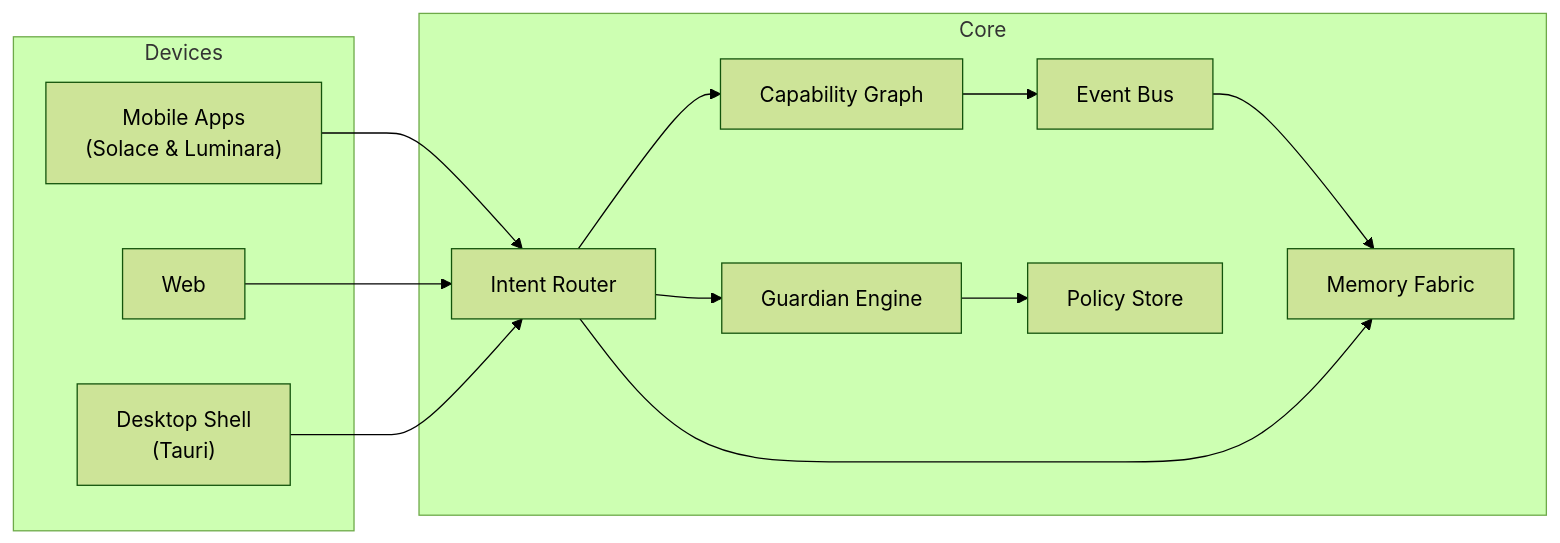
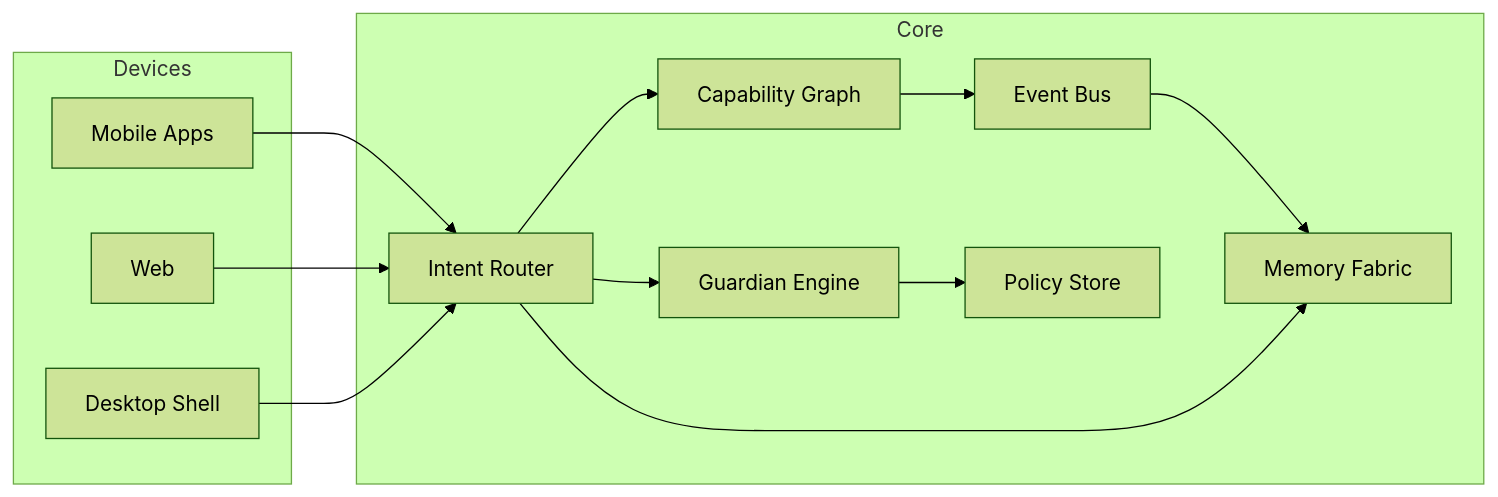
Before and after one commit to S1ngularD2ality/eidonic-language-elol: the diagram in docs/ekrps/README.md, drawn with Mermaid (forest theme). The commit also changed other lines of this file, not shown here.

````diff
--- a/docs/ekrps/README.md
+++ b/docs/ekrps/README.md
@@ -44,27 +44,27 @@
 ```mermaid
 flowchart LR
   subgraph Devices
-    M["Mobile Apps<br/>(Solace & Luminara)"]
-    D["Desktop Shell<br/>(Tauri)"]
+    M["Mobile Apps"]
+    D["Desktop Shell"]
     W["Web"]
   end
 
   subgraph Core
     R["Intent Router"]
     C["Capability Graph"]
     B["Event Bus"]
     F["Memory Fabric"]
     G["Guardian Engine"]
     P["Policy Store"]
   end
 
   M --> R
   W --> R
   D --> R
   R --> C
   C --> B
   B --> F
   R --> G
   G --> P
   R --> F
 ```
````
